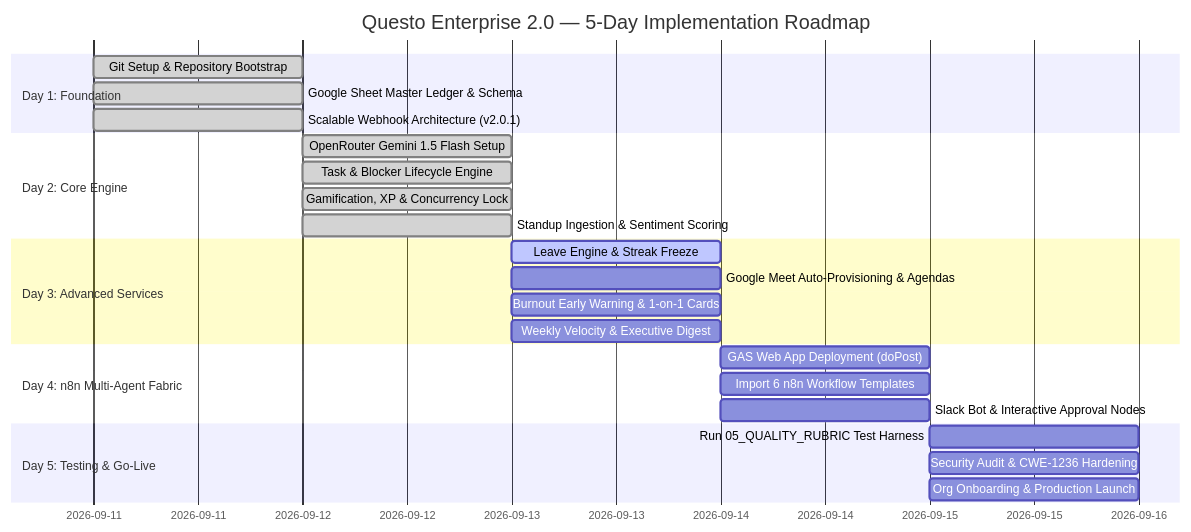
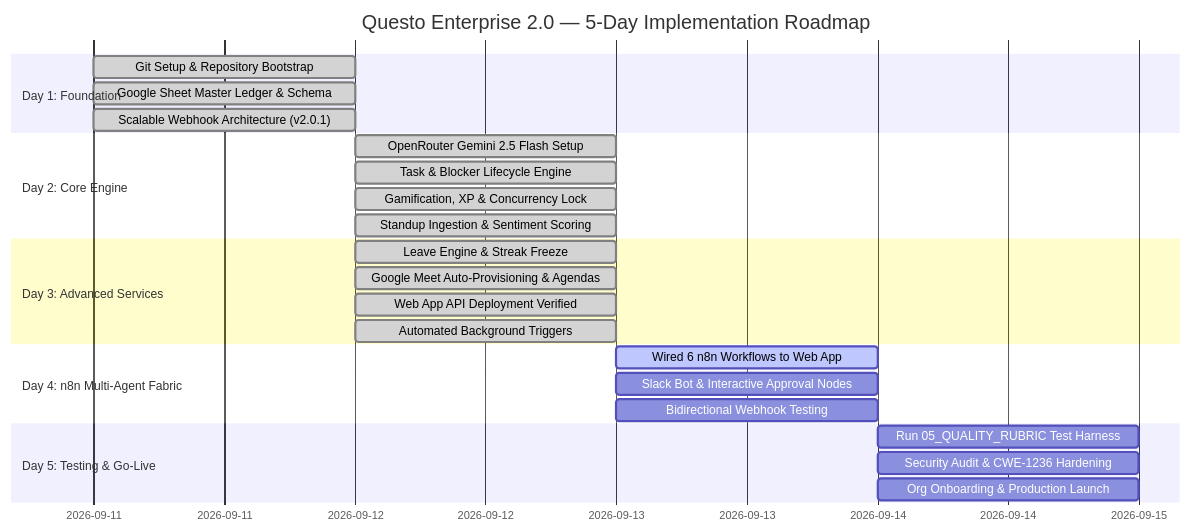
The diagram in questo/00_5_DAY_ROADMAP.md (Atofinite5/QuestO), drawn with Mermaid before and after one commit. The commit also changed other lines of this file and 5 other files, not shown here.

Commit message:
feat(n8n): pre-configure all 6 workflows with live Web App URL and advance roadmap to Day 4

````diff
--- a/questo/00_5_DAY_ROADMAP.md
+++ b/questo/00_5_DAY_ROADMAP.md
@@ -23,27 +23,27 @@
 ```mermaid
 gantt
     title Questo Enterprise 2.0 — 5-Day Implementation Roadmap
     dateFormat  YYYY-MM-DD
     section Day 1: Foundation
     Git Setup & Repository Bootstrap       :done, d1_1, 2026-09-11, 1d
     Google Sheet Master Ledger & Schema    :done, d1_2, 2026-09-11, 1d
     Scalable Webhook Architecture (v2.0.1) :done, d1_3, 2026-09-11, 1d
     section Day 2: Core Engine
-    OpenRouter Gemini 1.5 Flash Setup      :done, d2_1, 2026-09-12, 1d
+    OpenRouter Gemini 2.5 Flash Setup      :done, d2_1, 2026-09-12, 1d
     Task & Blocker Lifecycle Engine        :done, d2_2, 2026-09-12, 1d
     Gamification, XP & Concurrency Lock    :done, d2_3, 2026-09-12, 1d
     Standup Ingestion & Sentiment Scoring  :done, d2_4, 2026-09-12, 1d
     section Day 3: Advanced Services
-    Leave Engine & Streak Freeze           :active, d3_1, 2026-09-13, 1d
-    Google Meet Auto-Provisioning & Agendas:d3_2, 2026-09-13, 1d
-    Burnout Early Warning & 1-on-1 Cards   :d3_3, 2026-09-13, 1d
-    Weekly Velocity & Executive Digest     :d3_4, 2026-09-13, 1d
+    Leave Engine & Streak Freeze           :done, d3_1, 2026-09-12, 1d
+    Google Meet Auto-Provisioning & Agendas:done, d3_2, 2026-09-12, 1d
+    Web App API Deployment Verified        :done, d3_3, 2026-09-12, 1d
+    Automated Background Triggers          :done, d3_4, 2026-09-12, 1d
     section Day 4: n8n Multi-Agent Fabric
-    GAS Web App Deployment (doPost)        :d4_1, 2026-09-14, 1d
-    Import 6 n8n Workflow Templates        :d4_2, 2026-09-14, 1d
-    Slack Bot & Interactive Approval Nodes :d4_3, 2026-09-14, 1d
+    Wired 6 n8n Workflows to Web App       :active, d4_1, 2026-09-13, 1d
+    Slack Bot & Interactive Approval Nodes :d4_2, 2026-09-13, 1d
+    Bidirectional Webhook Testing          :d4_3, 2026-09-13, 1d
     section Day 5: Testing & Go-Live
-    Run 05_QUALITY_RUBRIC Test Harness     :d5_1, 2026-09-15, 1d
-    Security Audit & CWE-1236 Hardening    :d5_2, 2026-09-15, 1d
-    Org Onboarding & Production Launch     :d5_3, 2026-09-15, 1d
+    Run 05_QUALITY_RUBRIC Test Harness     :d5_1, 2026-09-14, 1d
+    Security Audit & CWE-1236 Hardening    :d5_2, 2026-09-14, 1d
+    Org Onboarding & Production Launch     :d5_3, 2026-09-14, 1d
 ```
````
